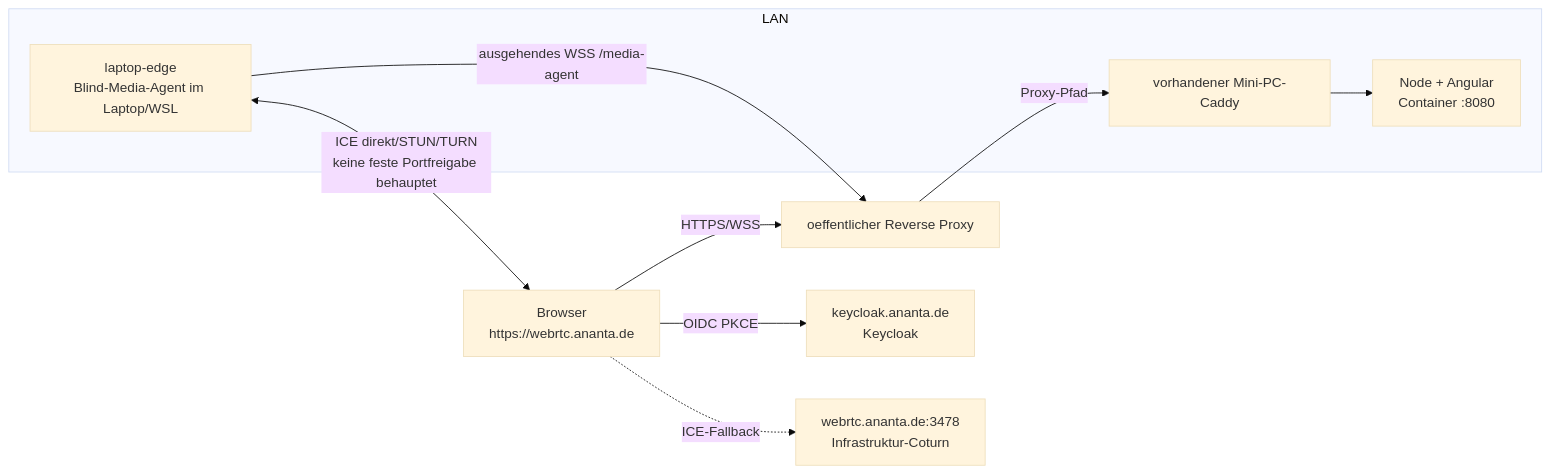
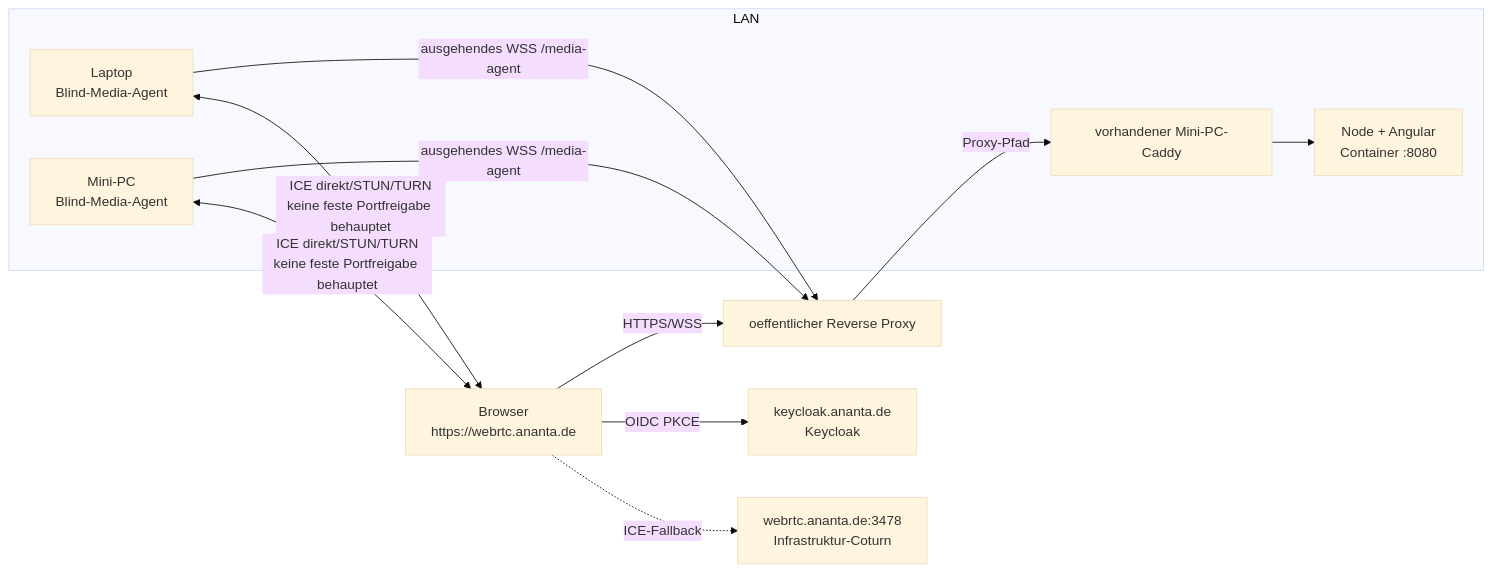
Before and after one commit to ananta888/webrtc-minimize-server: diagram 14 of 14 in docs/current-architecture-uml.md, drawn with Mermaid (base theme). The commit also changed other lines of this file and 5 other files, not shown here.

````diff
--- a/docs/current-architecture-uml.md
+++ b/docs/current-architecture-uml.md
@@ -849,21 +849,24 @@
 ```mermaid
 flowchart LR
     InternetBrowser["Browser\nhttps://webrtc.ananta.de"]
     OracleProxy["oeffentlicher Reverse Proxy"]
     KeycloakProd["keycloak.ananta.de\nKeycloak"]
     CoturnProd["webrtc.ananta.de:3478\nInfrastruktur-Coturn"]
 
     subgraph LAN["LAN"]
         MiniCaddy["vorhandener Mini-PC-Caddy"]
         App["Node + Angular\nContainer :8080"]
-        LaptopAgent["laptop-edge\nBlind-Media-Agent im Laptop/WSL"]
+        LaptopAgent["Laptop\nBlind-Media-Agent"]
+        MiniAgent["Mini-PC\nBlind-Media-Agent"]
     end
 
     InternetBrowser -->|"HTTPS/WSS"| OracleProxy
     OracleProxy -->|"Proxy-Pfad"| MiniCaddy
     MiniCaddy --> App
     InternetBrowser -->|"OIDC PKCE"| KeycloakProd
     InternetBrowser -.->|"ICE-Fallback"| CoturnProd
     LaptopAgent -->|"ausgehendes WSS /media-agent"| OracleProxy
+    MiniAgent -->|"ausgehendes WSS /media-agent"| OracleProxy
     LaptopAgent <-->|"ICE direkt/STUN/TURN\nkeine feste Portfreigabe behauptet"| InternetBrowser
+    MiniAgent <-->|"ICE direkt/STUN/TURN\nkeine feste Portfreigabe behauptet"| InternetBrowser
 ```
````
